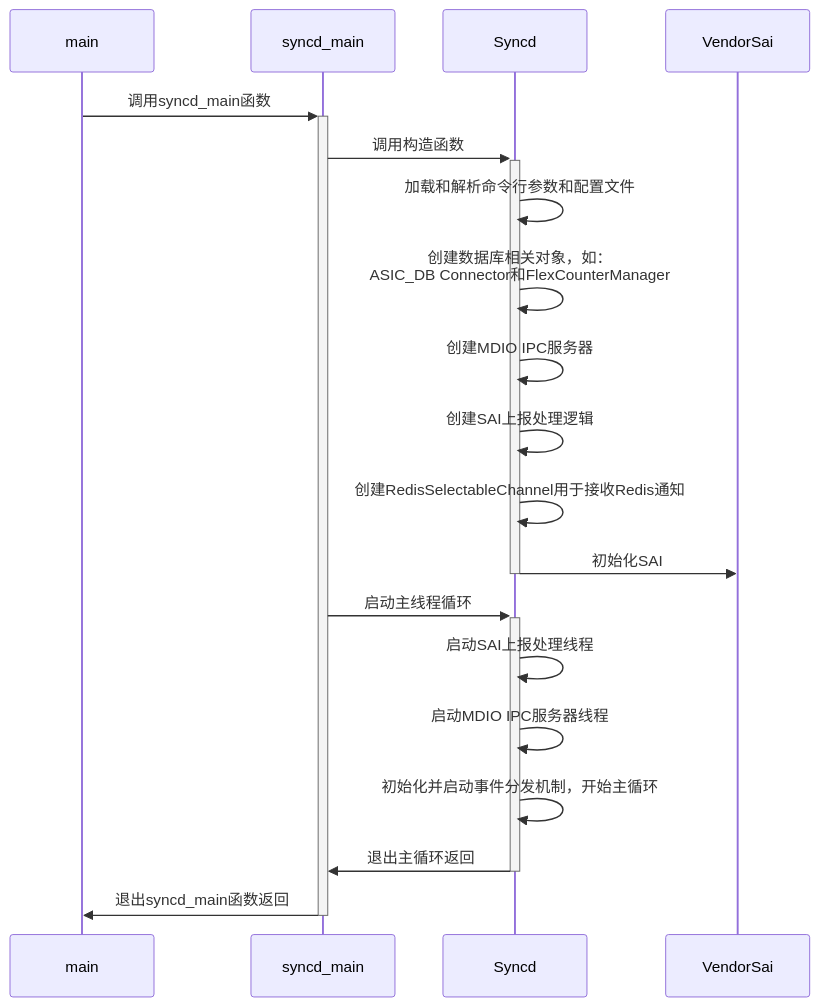
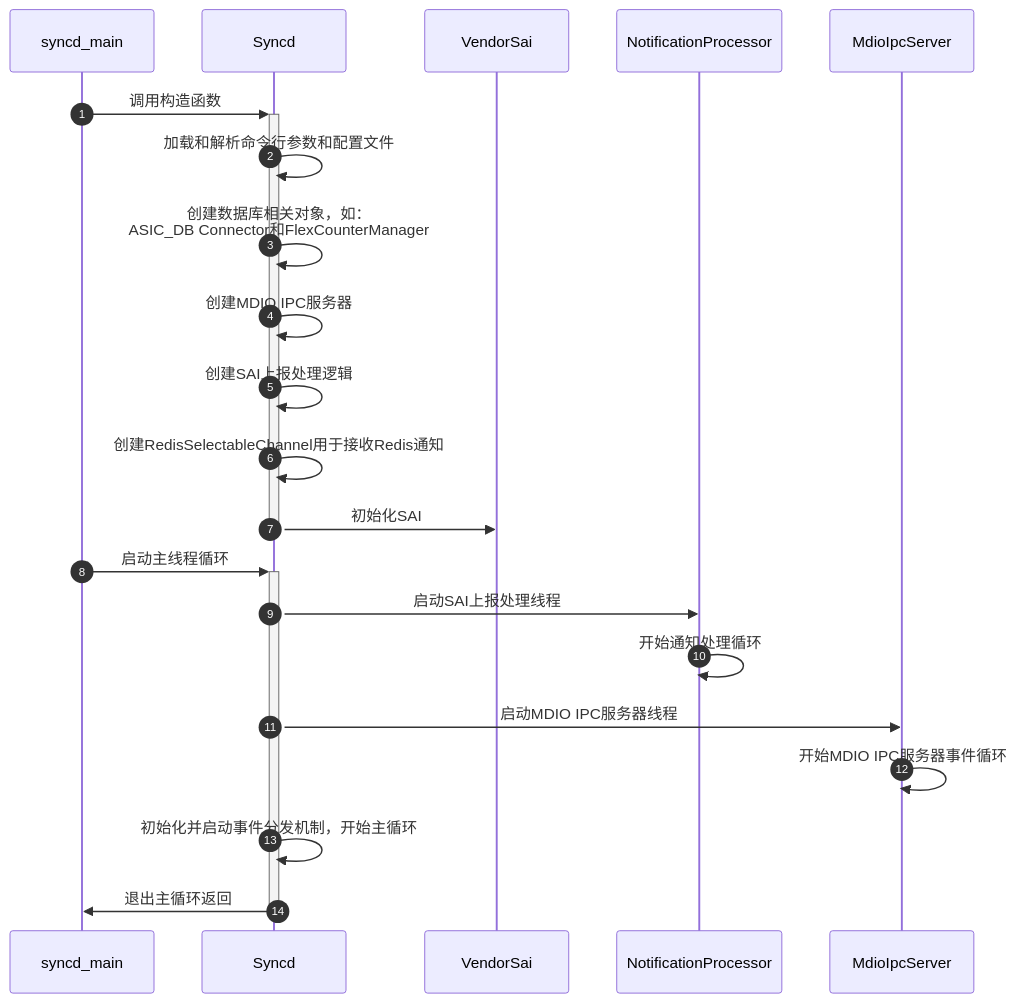
Before and after one commit to r12f/sonic-book: the first of 3 diagrams in src/5-1-syncd-sai-workflow.md, drawn with Mermaid. The commit also changed other lines of this file, not shown here.

Commit message:
Update workflow graph.

````diff
--- a/src/5-1-syncd-sai-workflow.md
+++ b/src/5-1-syncd-sai-workflow.md
@@ -11,25 +11,26 @@
 ```mermaid
 sequenceDiagram
-    participant M as main
+    autonumber
     participant SDM as syncd_main
     participant SD as Syncd
     participant SAI as VendorSai
-
-    M->>+SDM: 调用syncd_main函数
+    participant NP as NotificationProcessor
+    participant MIS as MdioIpcServer
 
     SDM->>+SD: 调用构造函数
     SD->>SD: 加载和解析命令行参数和配置文件
     SD->>SD: 创建数据库相关对象，如：<br/>ASIC_DB Connector和FlexCounterManager
     SD->>SD: 创建MDIO IPC服务器
     SD->>SD: 创建SAI上报处理逻辑
     SD->>SD: 创建RedisSelectableChannel用于接收Redis通知
     SD->>-SAI: 初始化SAI
 
     SDM->>+SD: 启动主线程循环
-    SD->>SD: 启动SAI上报处理线程
-    SD->>SD: 启动MDIO IPC服务器线程
+    SD->>NP: 启动SAI上报处理线程
+    NP->>NP: 开始通知处理循环
+    SD->>MIS: 启动MDIO IPC服务器线程
+    MIS->>MIS: 开始MDIO IPC服务器事件循环
     SD->>SD: 初始化并启动事件分发机制，开始主循环
 
     SD->>-SDM: 退出主循环返回
-    SDM->>-M: 退出syncd_main函数返回
 ```
````
